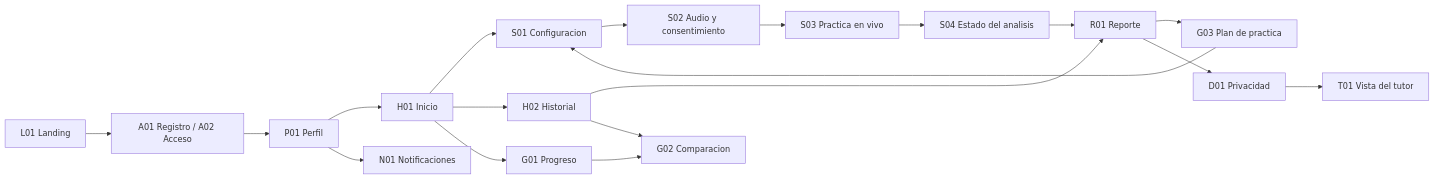
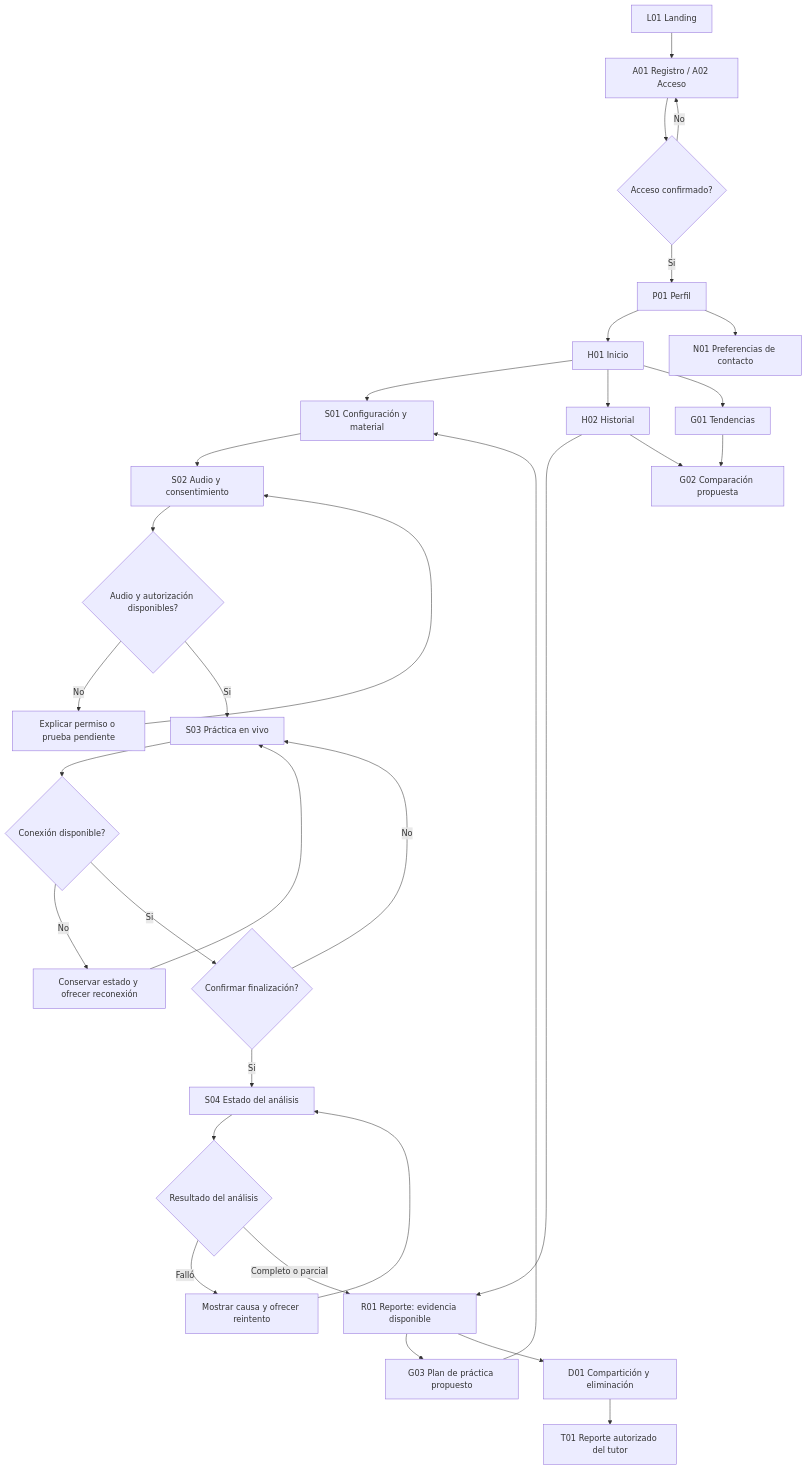
One commit to upc-pre-202620-si728-16365-thropic/talki-project-report changed the diagram in assets/diagrams/ux/wireflow.mmd. Above: the diagram before and after it, drawn with Mermaid. The commit also changed 33 other files, not shown here.

Commit message:
docs: retirar fuentes editables y alinear texto y diagramas

```diff
--- a/assets/diagrams/ux/wireflow.mmd
+++ b/assets/diagrams/ux/wireflow.mmd
@@ -1,19 +1,32 @@
-flowchart LR
+flowchart TB
   L["L01 Landing"] --> A["A01 Registro / A02 Acceso"]
-  A --> P["P01 Perfil"]
+  A --> access{"Acceso confirmado?"}
+  access -- No --> A
+  access -- Si --> P["P01 Perfil"]
   P --> H["H01 Inicio"]
-  H --> S["S01 Configuracion"]
+  H --> S["S01 Configuración y material"]
   S --> S2["S02 Audio y consentimiento"]
-  S2 --> S3["S03 Practica en vivo"]
-  S3 --> S4["S04 Estado del analisis"]
-  S4 --> R["R01 Reporte"]
-  R --> G["G03 Plan de practica"]
+  S2 --> ready{"Audio y autorización disponibles?"}
+  ready -- No --> fix["Explicar permiso o prueba pendiente"]
+  fix --> S2
+  ready -- Si --> S3["S03 Práctica en vivo"]
+  S3 --> network{"Conexión disponible?"}
+  network -- No --> recover["Conservar estado y ofrecer reconexión"]
+  recover --> S3
+  network -- Si --> finish{"Confirmar finalización?"}
+  finish -- No --> S3
+  finish -- Si --> S4["S04 Estado del análisis"]
+  S4 --> status{"Resultado del análisis"}
+  status -- Falló --> retry["Mostrar causa y ofrecer reintento"]
+  retry --> S4
+  status -- "Completo o parcial" --> R["R01 Reporte: evidencia disponible"]
+  R --> G["G03 Plan de práctica propuesto"]
   G --> S
   H --> I["H02 Historial"]
   I --> R
-  I --> G2["G02 Comparacion"]
-  H --> G1["G01 Progreso"]
+  I --> G2["G02 Comparación propuesta"]
+  H --> G1["G01 Tendencias"]
   G1 --> G2
-  R --> D["D01 Privacidad"]
-  D --> T["T01 Vista del tutor"]
-  P --> N["N01 Notificaciones"]
+  R --> D["D01 Compartición y eliminación"]
+  D --> T["T01 Reporte autorizado del tutor"]
+  P --> N["N01 Preferencias de contacto"]
```
